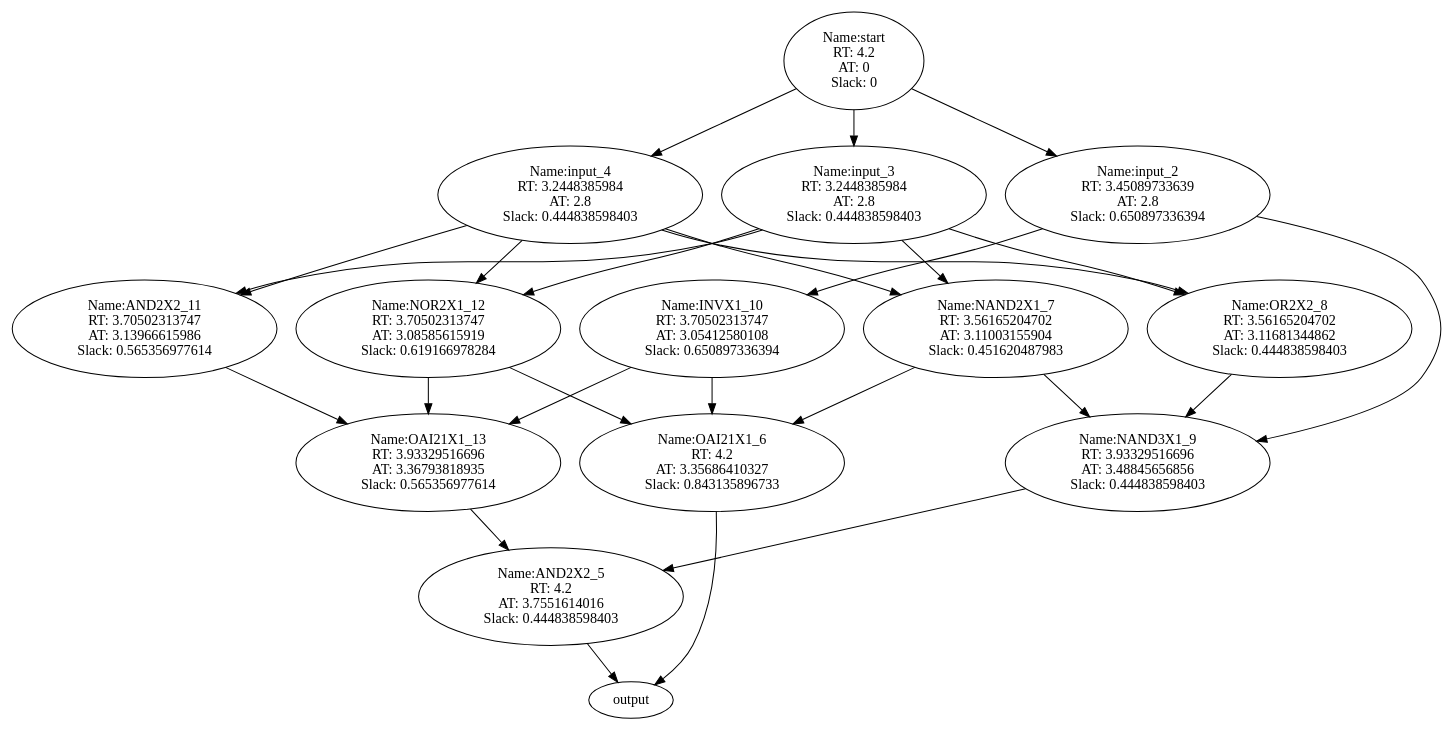
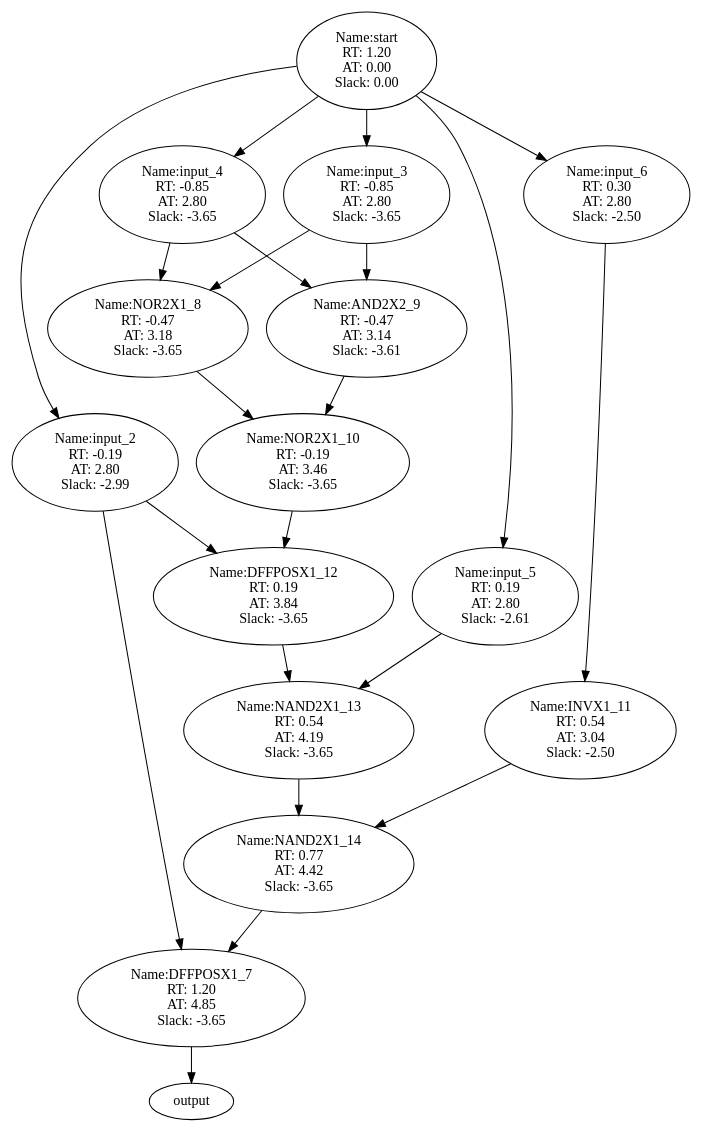
The diagram in graph.gv (a-ewais/circuit-timing-analyser), drawn with Graphviz before and after one commit. The commit also changed 17 other files, not shown here.

```diff
--- a/graph.gv
+++ b/graph.gv
@@ -1,40 +1,37 @@
 digraph G {
-start [label="Name:start\nRT: 4.2\nAT: 0\nSlack: 0"];
+start [label="Name:start\nRT: 1.20\nAT: 0.00\nSlack: 0.00"];
 start -> input_2;
 start -> input_3;
 start -> input_4;
-input_2 [label="Name:input_2\nRT: 3.45089733639\nAT: 2.8\nSlack: 0.650897336394"];
-input_2 -> INVX1_10;
-input_2 -> NAND3X1_9;
-input_3 [label="Name:input_3\nRT: 3.2448385984\nAT: 2.8\nSlack: 0.444838598403"];
-input_3 -> AND2X2_11;
-input_3 -> NAND2X1_7;
-input_3 -> NOR2X1_12;
-input_3 -> OR2X2_8;
-input_4 [label="Name:input_4\nRT: 3.2448385984\nAT: 2.8\nSlack: 0.444838598403"];
-input_4 -> AND2X2_11;
-input_4 -> NAND2X1_7;
-input_4 -> NOR2X1_12;
-input_4 -> OR2X2_8;
-AND2X2_5 [label="Name:AND2X2_5\nRT: 4.2\nAT: 3.7551614016\nSlack: 0.444838598403"];
-AND2X2_5 -> output;
-OAI21X1_6 [label="Name:OAI21X1_6\nRT: 4.2\nAT: 3.35686410327\nSlack: 0.843135896733"];
-OAI21X1_6 -> output;
-NAND2X1_7 [label="Name:NAND2X1_7\nRT: 3.56165204702\nAT: 3.11003155904\nSlack: 0.451620487983"];
-NAND2X1_7 -> OAI21X1_6;
-NAND2X1_7 -> NAND3X1_9;
-OR2X2_8 [label="Name:OR2X2_8\nRT: 3.56165204702\nAT: 3.11681344862\nSlack: 0.444838598403"];
-OR2X2_8 -> NAND3X1_9;
-NAND3X1_9 [label="Name:NAND3X1_9\nRT: 3.93329516696\nAT: 3.48845656856\nSlack: 0.444838598403"];
-NAND3X1_9 -> AND2X2_5;
-INVX1_10 [label="Name:INVX1_10\nRT: 3.70502313747\nAT: 3.05412580108\nSlack: 0.650897336394"];
-INVX1_10 -> OAI21X1_13;
-INVX1_10 -> OAI21X1_6;
-AND2X2_11 [label="Name:AND2X2_11\nRT: 3.70502313747\nAT: 3.13966615986\nSlack: 0.565356977614"];
-AND2X2_11 -> OAI21X1_13;
-NOR2X1_12 [label="Name:NOR2X1_12\nRT: 3.70502313747\nAT: 3.08585615919\nSlack: 0.619166978284"];
-NOR2X1_12 -> OAI21X1_13;
-NOR2X1_12 -> OAI21X1_6;
-OAI21X1_13 [label="Name:OAI21X1_13\nRT: 3.93329516696\nAT: 3.36793818935\nSlack: 0.565356977614"];
-OAI21X1_13 -> AND2X2_5;
+start -> input_5;
+start -> input_6;
+input_2 [label="Name:input_2\nRT: -0.19\nAT: 2.80\nSlack: -2.99"];
+input_2 -> DFFPOSX1_12;
+input_2 -> DFFPOSX1_7;
+input_3 [label="Name:input_3\nRT: -0.85\nAT: 2.80\nSlack: -3.65"];
+input_3 -> NOR2X1_8;
+input_3 -> AND2X2_9;
+input_4 [label="Name:input_4\nRT: -0.85\nAT: 2.80\nSlack: -3.65"];
+input_4 -> NOR2X1_8;
+input_4 -> AND2X2_9;
+input_5 [label="Name:input_5\nRT: 0.19\nAT: 2.80\nSlack: -2.61"];
+input_5 -> NAND2X1_13;
+input_6 [label="Name:input_6\nRT: 0.30\nAT: 2.80\nSlack: -2.50"];
+input_6 -> INVX1_11;
+DFFPOSX1_7 [label="Name:DFFPOSX1_7\nRT: 1.20\nAT: 4.85\nSlack: -3.65"];
+DFFPOSX1_7 -> output;
+NOR2X1_8 [label="Name:NOR2X1_8\nRT: -0.47\nAT: 3.18\nSlack: -3.65"];
+NOR2X1_8 -> NOR2X1_10;
+AND2X2_9 [label="Name:AND2X2_9\nRT: -0.47\nAT: 3.14\nSlack: -3.61"];
+AND2X2_9 -> NOR2X1_10;
+NOR2X1_10 [label="Name:NOR2X1_10\nRT: -0.19\nAT: 3.46\nSlack: -3.65"];
+NOR2X1_10 -> DFFPOSX1_12;
+INVX1_11 [label="Name:INVX1_11\nRT: 0.54\nAT: 3.04\nSlack: -2.50"];
+INVX1_11 -> NAND2X1_14;
+DFFPOSX1_12 [label="Name:DFFPOSX1_12\nRT: 0.19\nAT: 3.84\nSlack: -3.65"];
+DFFPOSX1_12 -> NAND2X1_13;
+NAND2X1_13 [label="Name:NAND2X1_13\nRT: 0.54\nAT: 4.19\nSlack: -3.65"];
+NAND2X1_13 -> NAND2X1_14;
+NAND2X1_14 [label="Name:NAND2X1_14\nRT: 0.77\nAT: 4.42\nSlack: -3.65"];
+NAND2X1_14 -> DFFPOSX1_7;
 }
```
